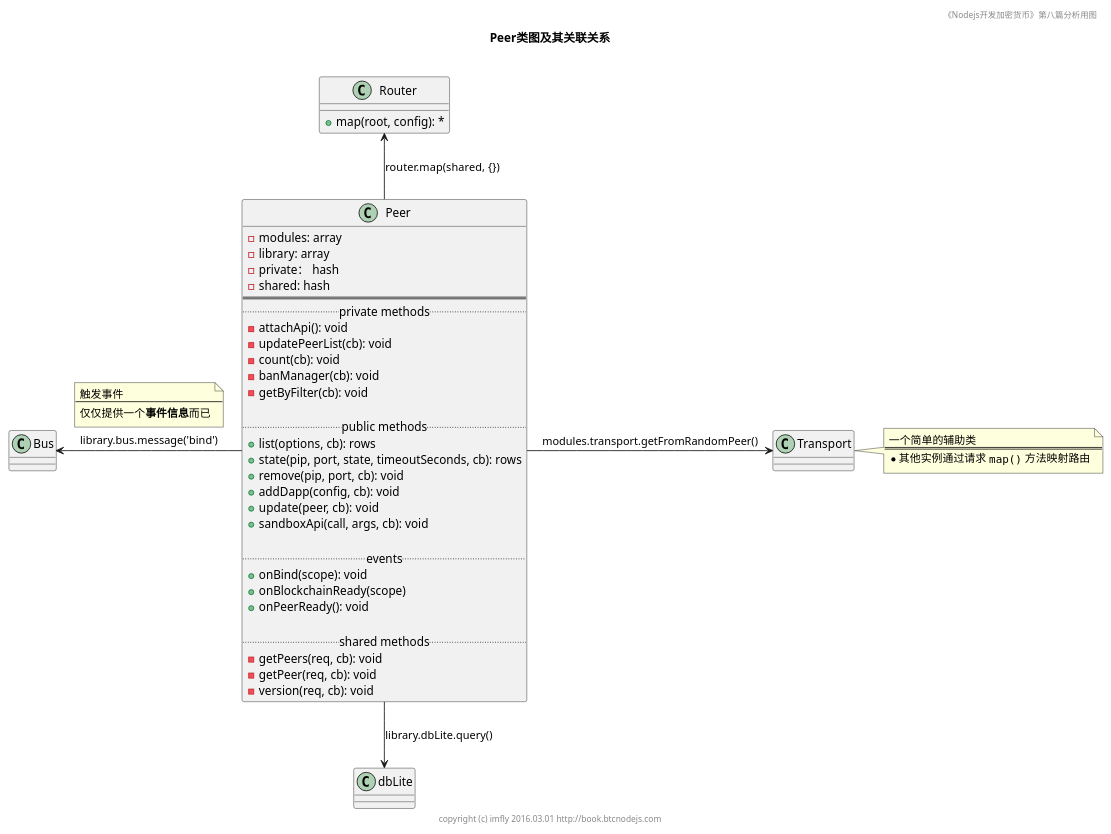
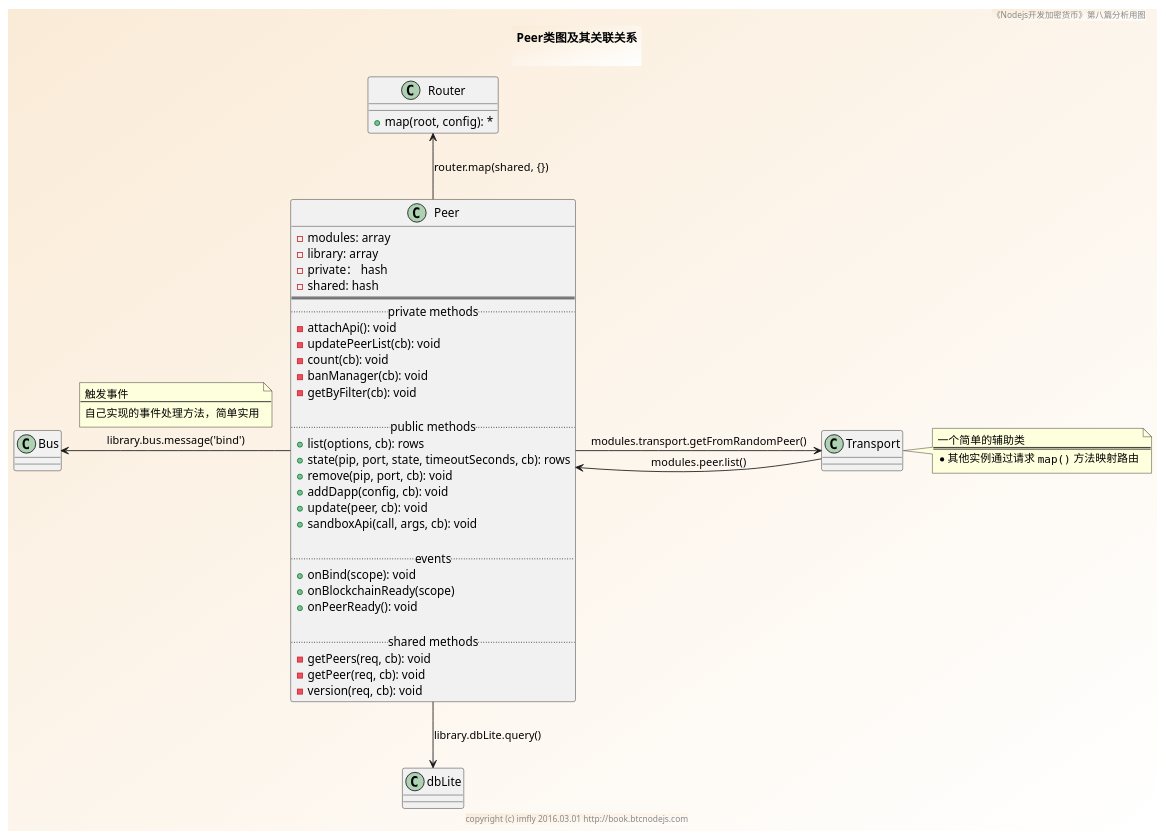
The diagram in sources/peer/class.pu (brightmanforever022/bitcoin-on-nodejs), drawn with PlantUML before and after one commit. The commit also changed 7 other files, not shown here.

```diff
--- a/sources/peer/class.pu
+++ b/sources/peer/class.pu
@@ -1,63 +1,67 @@
-@startuml images/peerClass.png
+@startuml ../../styles/images/peer/class.png
+skinparam BorderColor #blue\9932CC
+skinparam backgroundcolor AntiqueWhite/white
+
 title
 Peer类图及其关联关系
 
 end title
 footer copyright (c) imfly 2016.03.01 http://book.btcnodejs.com
 header 《Nodejs开发加密货币》第八篇分析用图
 
 ' modules/Peer.js
 Class Peer {
   - modules: array
   - library: array
   - private： hash
   - shared: hash
   ====
   .. private methods ..
   -attachApi(): void
   -updatePeerList(cb): void
   -count(cb): void
   -banManager(cb): void
   -getByFilter(cb): void
 
   .. public methods ..
   +list(options, cb): rows
   +state(pip, port, state, timeoutSeconds, cb): rows
   +remove(pip, port, cb): void
   +addDapp(config, cb): void
   +update(peer, cb): void
   +sandboxApi(call, args, cb): void
 
   .. events ..
   +onBind(scope): void
   +onBlockchainReady(scope)
   +onPeerReady(): void
 
   .. shared methods..
   -getPeers(req, cb): void
   -getPeer(req, cb): void
   -version(req, cb): void
 }
 
 ' helper/router.js
 Class Router {
   +map(root, config): *
 }
 
 ' relationship
 Bus <- Peer: library.bus.message('bind')
 note top on link
 触发事件
 --
-仅仅提供一个<b>事件信息</b>而已
+自己实现的事件处理方法，简单实用
 end note
 
 Peer -> Transport: modules.transport.getFromRandomPeer()
+Peer <- Transport: modules.peer.list()
 Peer -up-> Router: router.map(shared, {})
 note right
   一个简单的辅助类
   ====
   * 其他实例通过请求 ""map()"" 方法映射路由
 end note
 Peer -down-> dbLite: library.dbLite.query()
 @enduml
```
